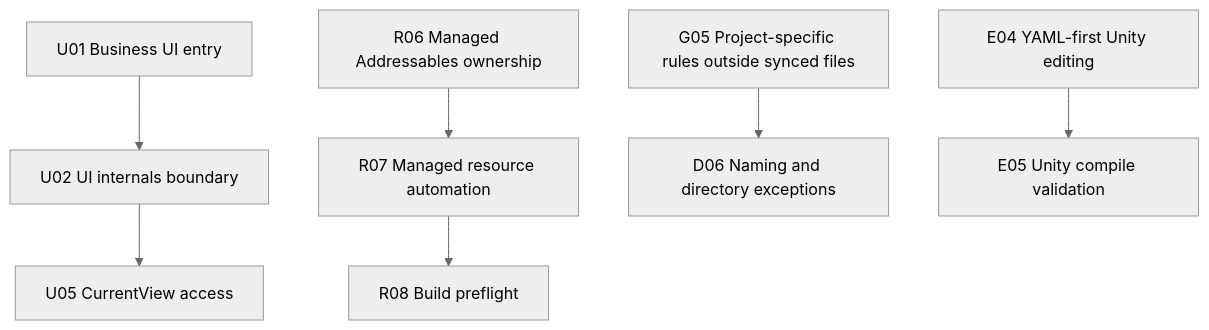
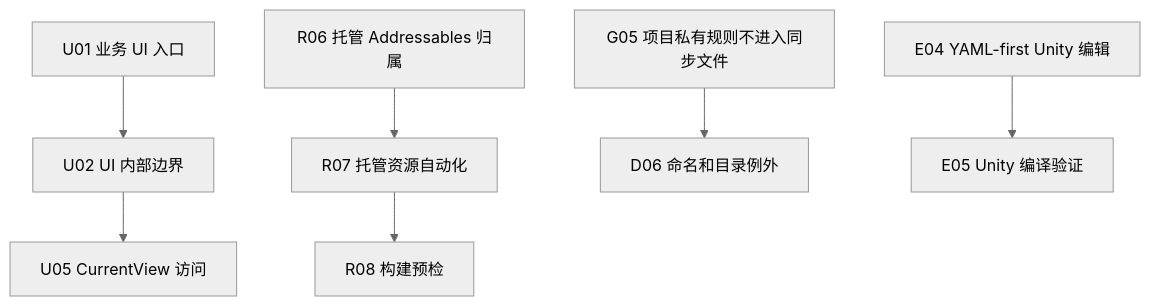
Before and after one commit to LukasChen/EFrameWork: the fifth of 6 diagrams in tools/MaintainerAIWorkspace/AI_RULE_VISUAL_REVIEW.md, drawn with Mermaid (neutral theme). The commit also changed other lines of this file, not shown here.

````diff
--- a/tools/MaintainerAIWorkspace/AI_RULE_VISUAL_REVIEW.md
+++ b/tools/MaintainerAIWorkspace/AI_RULE_VISUAL_REVIEW.md
@@ -160,16 +160,16 @@
 ```mermaid
 flowchart TD
-    U02["U02 UI internals boundary"]
-    U01["U01 Business UI entry"]
-    U05["U05 CurrentView access"]
-    E04["E04 YAML-first Unity editing"]
-    R06["R06 Managed Addressables ownership"]
-    G05["G05 Project-specific rules outside synced files"]
+    U02["U02 UI 内部边界"]
+    U01["U01 业务 UI 入口"]
+    U05["U05 CurrentView 访问"]
+    E04["E04 YAML-first Unity 编辑"]
+    R06["R06 托管 Addressables 归属"]
+    G05["G05 项目私有规则不进入同步文件"]
 
     U01 --> U02
     U02 --> U05
-    R06 --> R07["R07 Managed resource automation"]
-    R07 --> R08["R08 Build preflight"]
-    G05 --> D06["D06 Naming and directory exceptions"]
-    E04 --> E05["E05 Unity compile validation"]
+    R06 --> R07["R07 托管资源自动化"]
+    R07 --> R08["R08 构建预检"]
+    G05 --> D06["D06 命名和目录例外"]
+    E04 --> E05["E05 Unity 编译验证"]
 ```
````
